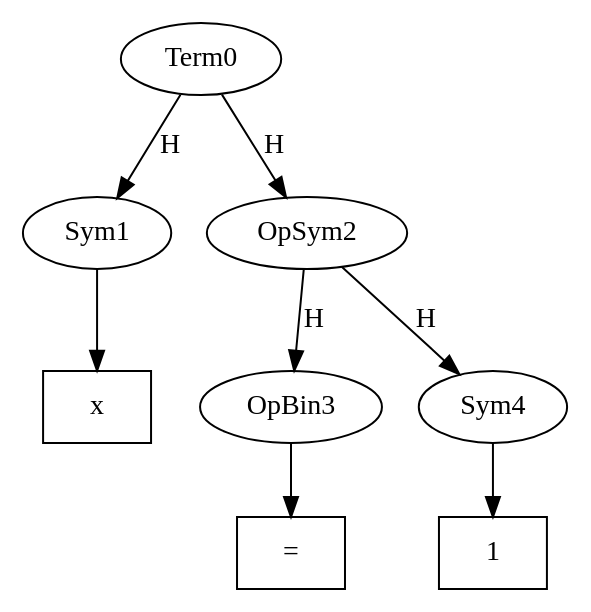
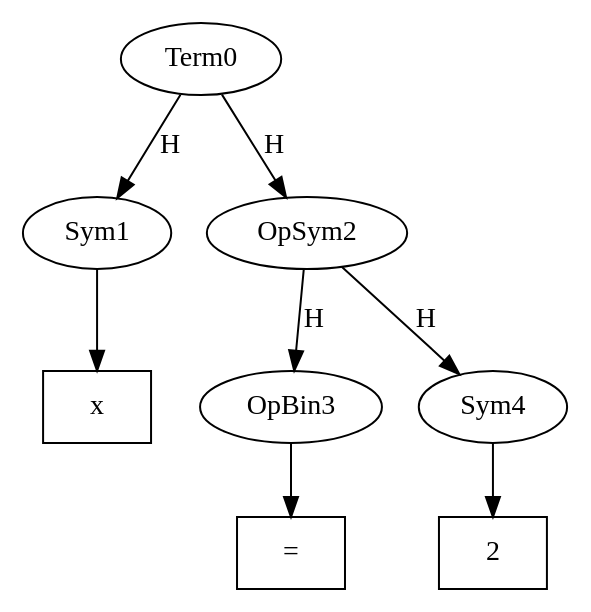
Before and after one commit to singator/UROPS2020: the diagram in Seshat-master/out.dot, drawn with Graphviz. The commit also changed 14 other files, not shown here.

```diff
--- a/Seshat-master/out.dot
+++ b/Seshat-master/out.dot
@@ -1,12 +1,12 @@
 digraph mathExp{
 Term0 -> Sym1 [label=H]
 Tx1 [shape=box,label="x"]
 Sym1 -> Tx1
 Term0 -> OpSym2 [label=H]
 OpSym2 -> OpBin3 [label=H]
 Te3 [shape=box,label="="]
 OpBin3 -> Te3
 OpSym2 -> Sym4 [label=H]
-T14 [shape=box,label="1"]
-Sym4 -> T14
+T24 [shape=box,label="2"]
+Sym4 -> T24
 }
```
